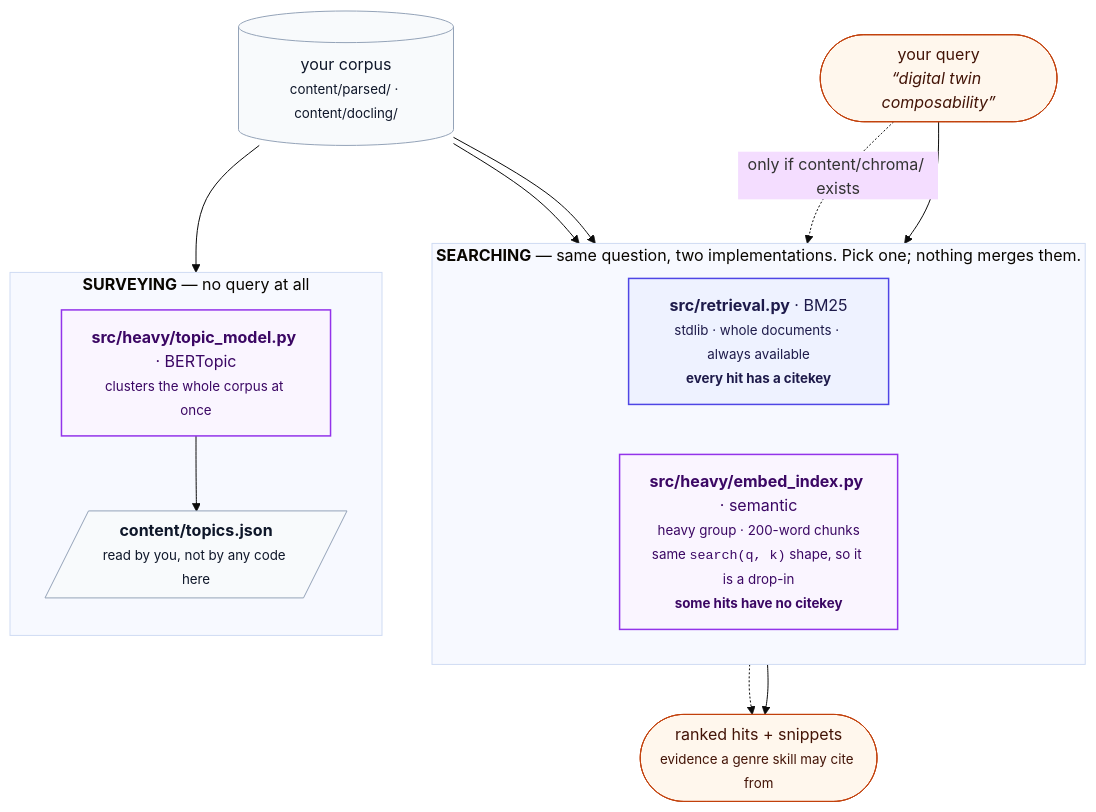
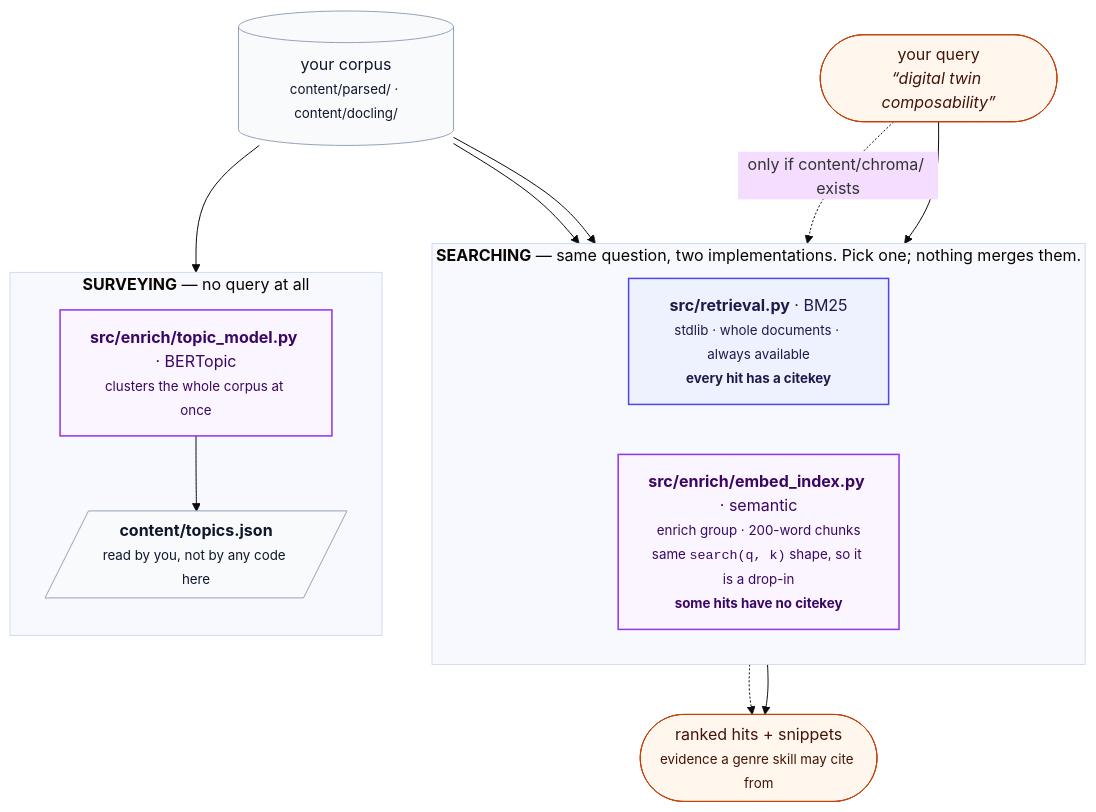
Before and after one commit to prasadtalasila/automated-research: the diagram in docs/RETRIEVAL.md, drawn with Mermaid (base theme). The commit also changed other lines of this file and 72 other files, not shown here.

````diff
--- a/docs/RETRIEVAL.md
+++ b/docs/RETRIEVAL.md
@@ -29,38 +29,38 @@
 ```mermaid
 flowchart TB
 
   Q(["your query<br/><i>“digital twin composability”</i>"])
 
   subgraph SEARCH["<b>SEARCHING</b> — same question, two implementations. Pick one; nothing merges them."]
     direction LR
     BM25["<b>src/retrieval.py</b> · BM25<br/><small>stdlib · whole documents · always available<br/><b>every hit has a citekey</b></small>"]
-    EMB["<b>src/heavy/embed_index.py</b> · semantic<br/><small>heavy group · 200-word chunks<br/>same <code>search(q, k)</code> shape, so it is a drop-in<br/><b>some hits have no citekey</b></small>"]
+    EMB["<b>src/enrich/embed_index.py</b> · semantic<br/><small>enrich group · 200-word chunks<br/>same <code>search(q, k)</code> shape, so it is a drop-in<br/><b>some hits have no citekey</b></small>"]
   end
 
   subgraph SURVEY["<b>SURVEYING</b> — no query at all"]
     direction TB
-    BERT["<b>src/heavy/topic_model.py</b> · BERTopic<br/><small>clusters the whole corpus at once</small>"]
+    BERT["<b>src/enrich/topic_model.py</b> · BERTopic<br/><small>clusters the whole corpus at once</small>"]
     TOP[/"<b>content/topics.json</b><br/><small>read by you, not by any code here</small>"/]
     BERT --> TOP
   end
 
   HITS(["ranked hits + snippets<br/><small>evidence a genre skill may cite from</small>"])
   CORPUS[("your corpus<br/><small>content/parsed/ · content/docling/</small>")]
 
   Q --> BM25 --> HITS
   Q -. "only if content/chroma/ exists" .-> EMB
   EMB -.-> HITS
   CORPUS --> BM25
   CORPUS --> EMB
   CORPUS --> BERT
 
   classDef q fill:#fff7ed,stroke:#c2410c,color:#431407
   classDef light fill:#eef2ff,stroke:#4f46e5,stroke-width:1.5px,color:#1e1b4b
   classDef heavy fill:#faf5ff,stroke:#9333ea,stroke-width:1.5px,color:#3b0764
   classDef store fill:#f8fafc,stroke:#94a3b8,color:#0f172a
 
   class Q,HITS q
   class BM25 light
   class EMB,BERT heavy
   class TOP,CORPUS store
 ```
````
